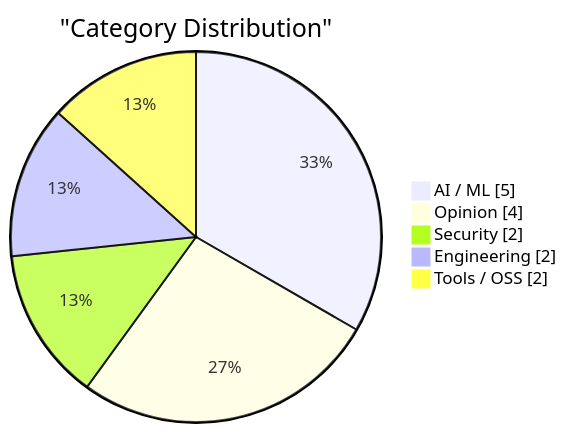
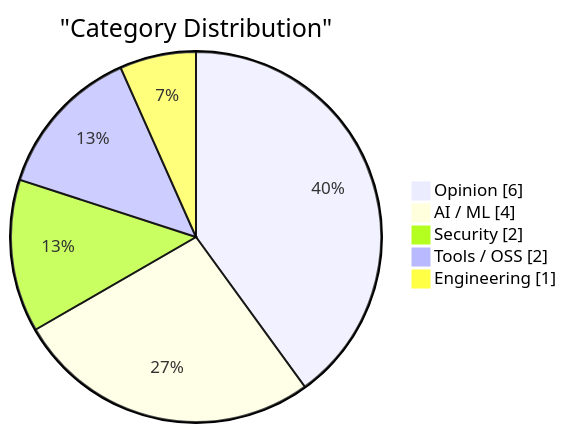
Before and after one commit to 0xEmberZz/daily-digest: the first of 2 diagrams in digests/latest.md, drawn with Mermaid. The commit also changed other lines of this file and 1 other file, not shown here.

````diff
--- a/digests/latest.md
+++ b/digests/latest.md
@@ -70,9 +70,9 @@
 ```mermaid
 pie showData
     title "Category Distribution"
-    "AI / ML" : 5
-    "Opinion" : 4
+    "Opinion" : 6
+    "AI / ML" : 4
     "Security" : 2
-    "Engineering" : 2
     "Tools / OSS" : 2
+    "Engineering" : 1
 ```
````
